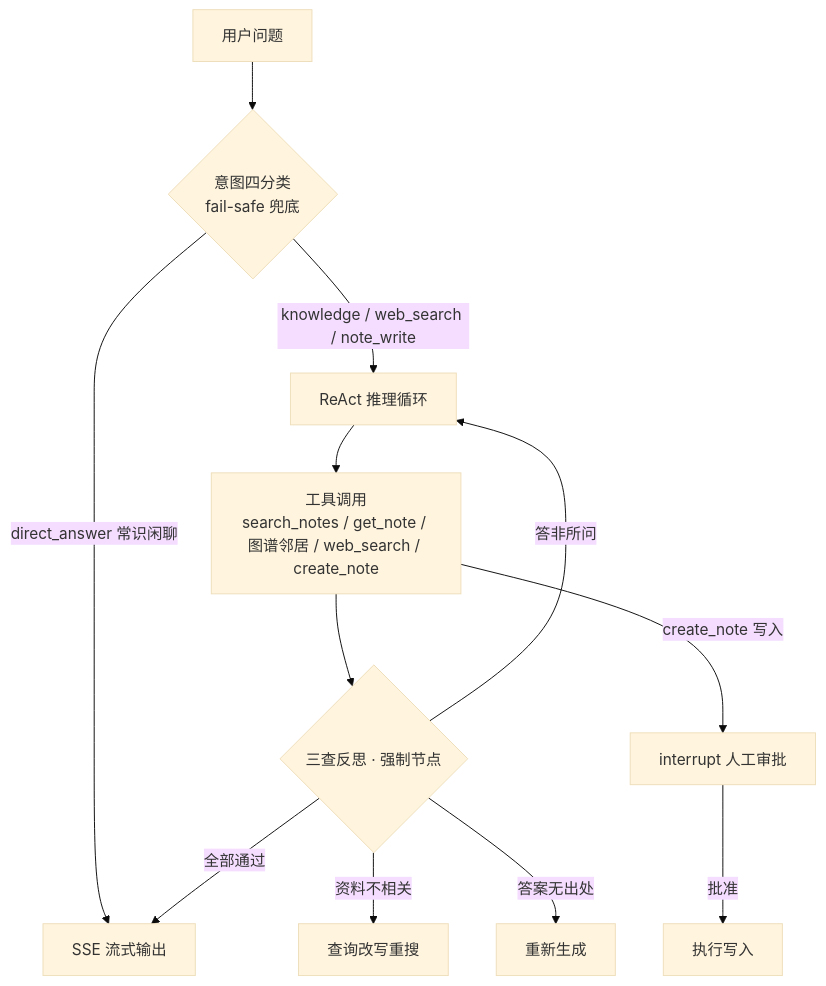
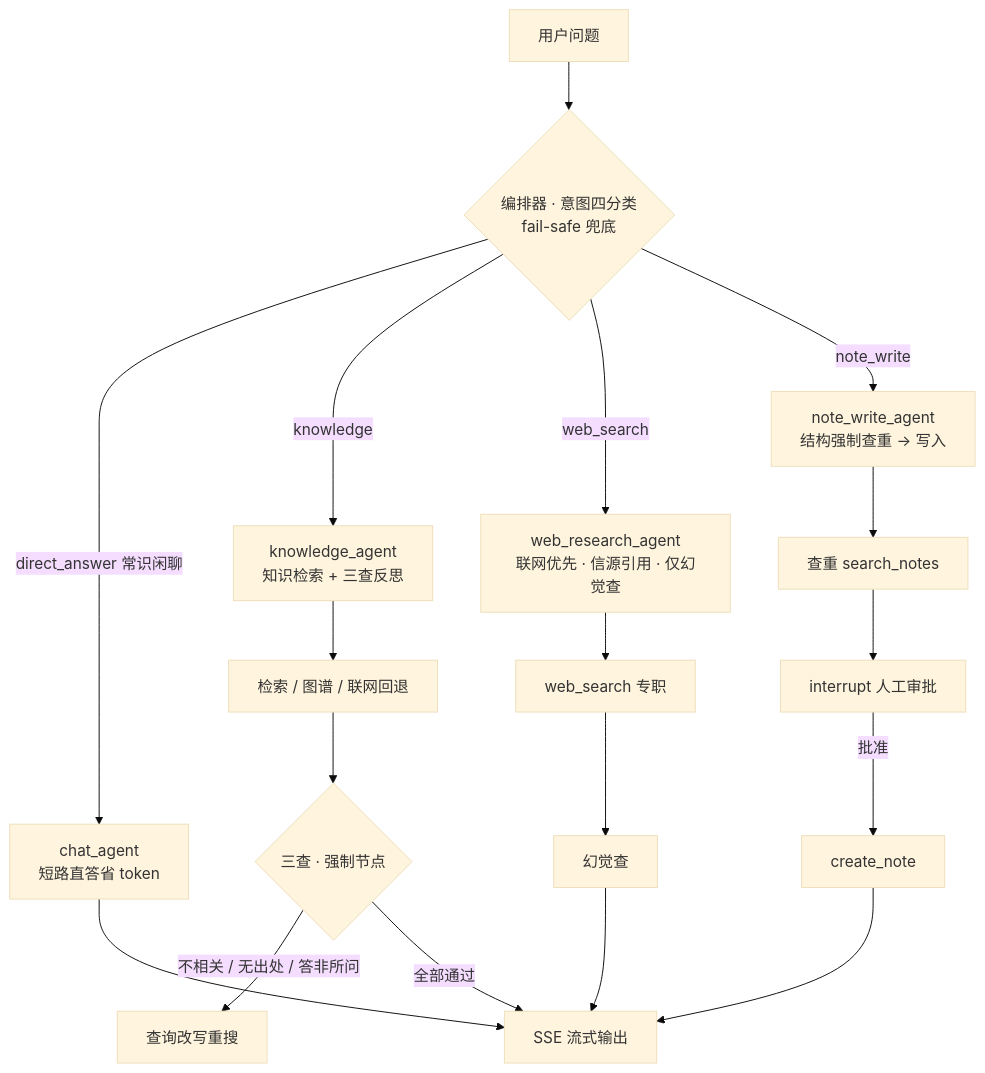
Before and after one commit to WLyangyi/zhishuxingtu: the diagram in README.md, drawn with Mermaid (base theme). The commit also changed other lines of this file, not shown here.

Commit message:
docs(readme): 更新为M7多Agent口径(编排器+4专职子Agent架构图/双图对比评测/边界用例/回退开关/54用例)

````diff
--- a/README.md
+++ b/README.md
@@ -15,14 +15,15 @@
 ```mermaid
 flowchart TD
-    Q[用户问题] --> I{意图四分类<br/>fail-safe 兜底}
-    I -->|direct_answer 常识闲聊| O[SSE 流式输出]
-    I -->|knowledge / web_search / note_write| R[ReAct 推理循环]
-    R --> T[工具调用<br/>search_notes / get_note / 图谱邻居 / web_search / create_note]
-    T --> G{三查反思 · 强制节点}
-    G -->|资料不相关| RW[查询改写重搜]
-    G -->|答案无出处| RG[重新生成]
-    G -->|答非所问| R
+    Q[用户问题] --> I{编排器 · 意图四分类<br/>fail-safe 兜底}
+    I -->|direct_answer 常识闲聊| C[chat_agent<br/>短路直答省 token]
+    I -->|knowledge| K[knowledge_agent<br/>知识检索 + 三查反思]
+    I -->|web_search| W[web_research_agent<br/>联网优先 · 信源引用 · 仅幻觉查]
+    I -->|note_write| N[note_write_agent<br/>结构强制查重 → 写入]
+    C --> O[SSE 流式输出]
+    K --> T1[检索 / 图谱 / 联网回退]
+    T1 --> G{三查 · 强制节点}
+    G -->|不相关 / 无出处 / 答非所问| RW[查询改写重搜]
     G -->|全部通过| O
-    T -->|create_note 写入| H[interrupt 人工审批]
-    H -->|批准| W[执行写入]
+    W --> T2[web_search 专职] --> HC[幻觉查] --> O
+    N --> T3[查重 search_notes] --> H[interrupt 人工审批] -->|批准| W3[create_note] --> O
 ```
````
